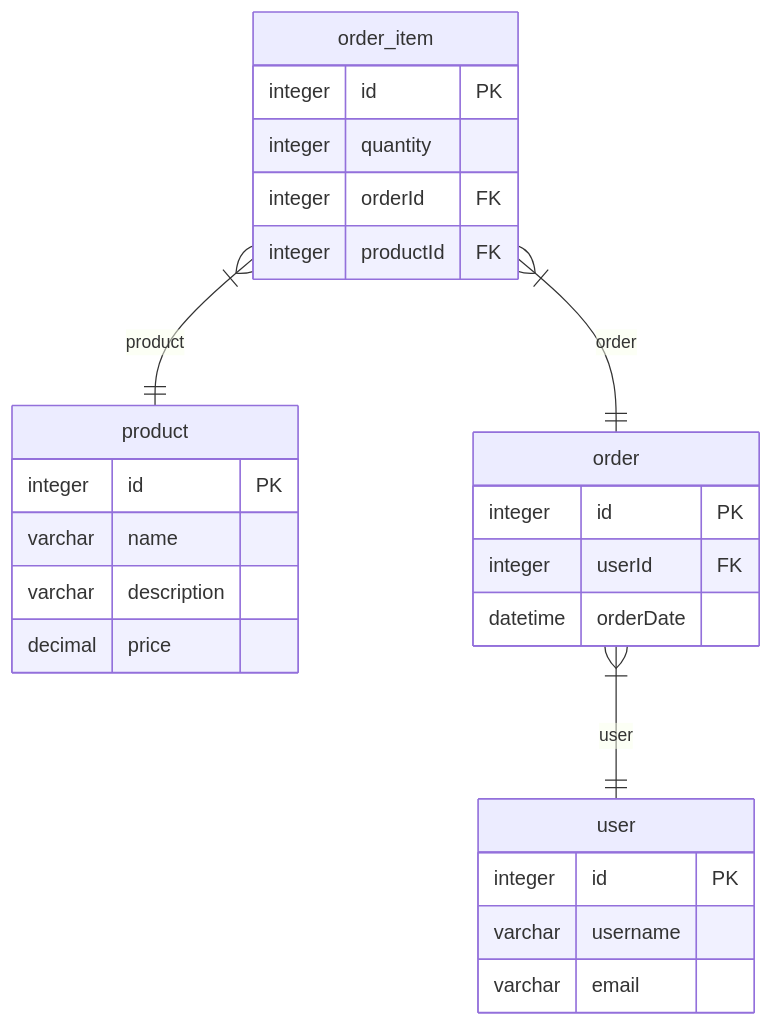
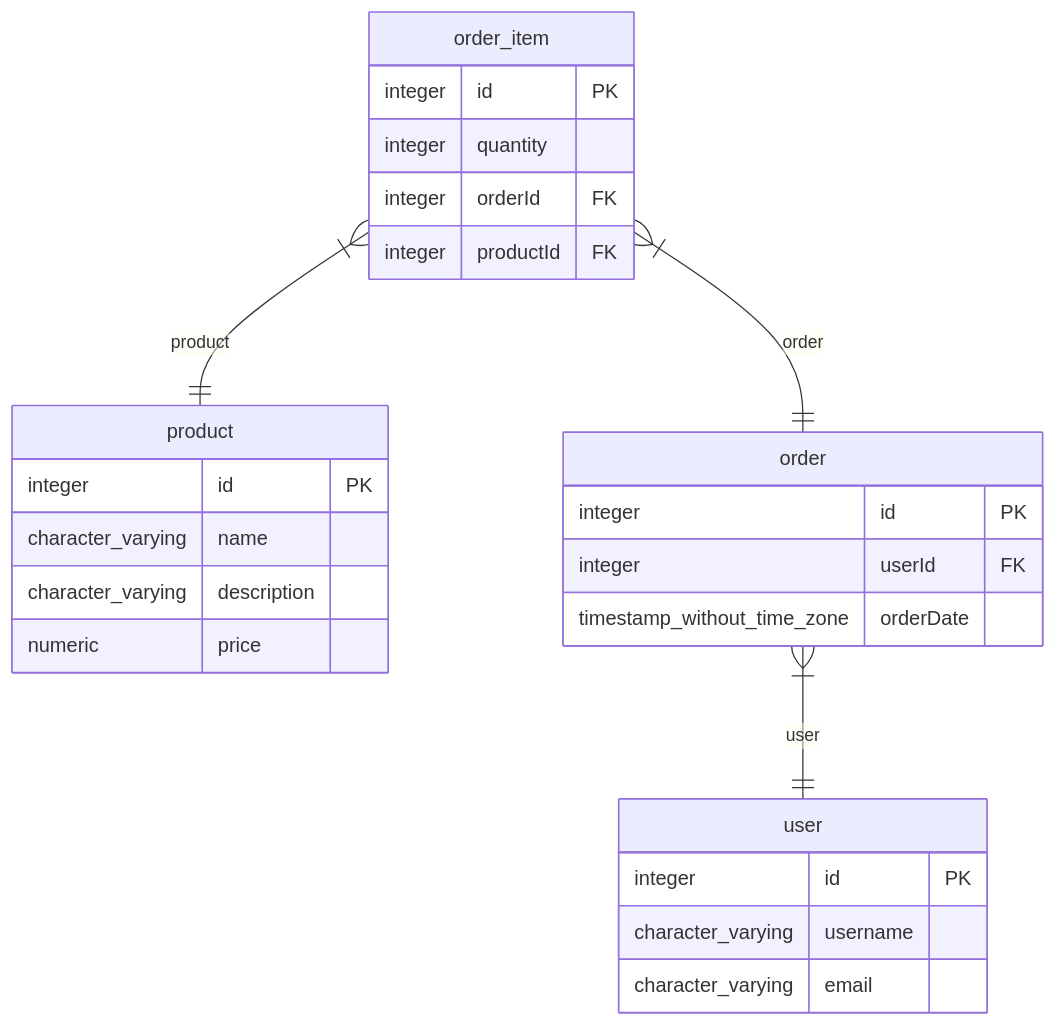
The second of 3 diagrams in test/test-nestjs-app/docs/sqlite-erd.md (hermin9804/typeorm-markdown-generator), drawn with Mermaid before and after one commit. The commit also changed other lines of this file and 13 other files, not shown here.

````diff
--- a/test/test-nestjs-app/docs/sqlite-erd.md
+++ b/test/test-nestjs-app/docs/sqlite-erd.md
@@ -117,28 +117,28 @@
 ```mermaid
 erDiagram
   product {
     integer id PK
-    varchar name
-    varchar description
-    decimal price
+    character_varying name
+    character_varying description
+    numeric price
   }
   order_item {
     integer id PK
     integer quantity
     integer orderId FK
     integer productId FK
   }
   order {
     integer id PK
     integer userId FK
-    datetime orderDate
+    timestamp_without_time_zone orderDate
   }
   user {
     integer id PK
-    varchar username
-    varchar email
+    character_varying username
+    character_varying email
   }
   order_item }|--|| order: order
   order_item }|--|| product: product
   order }|--|| user: user
 ```
````
